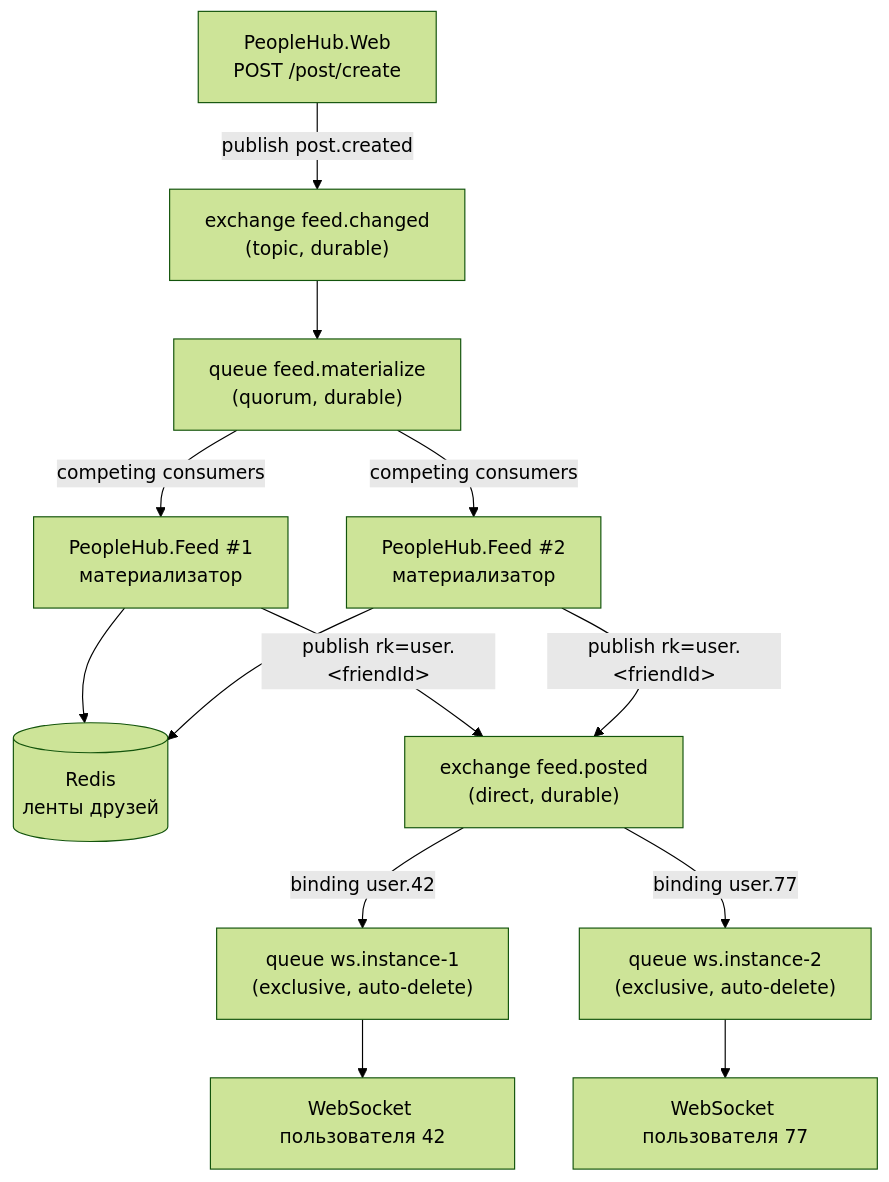
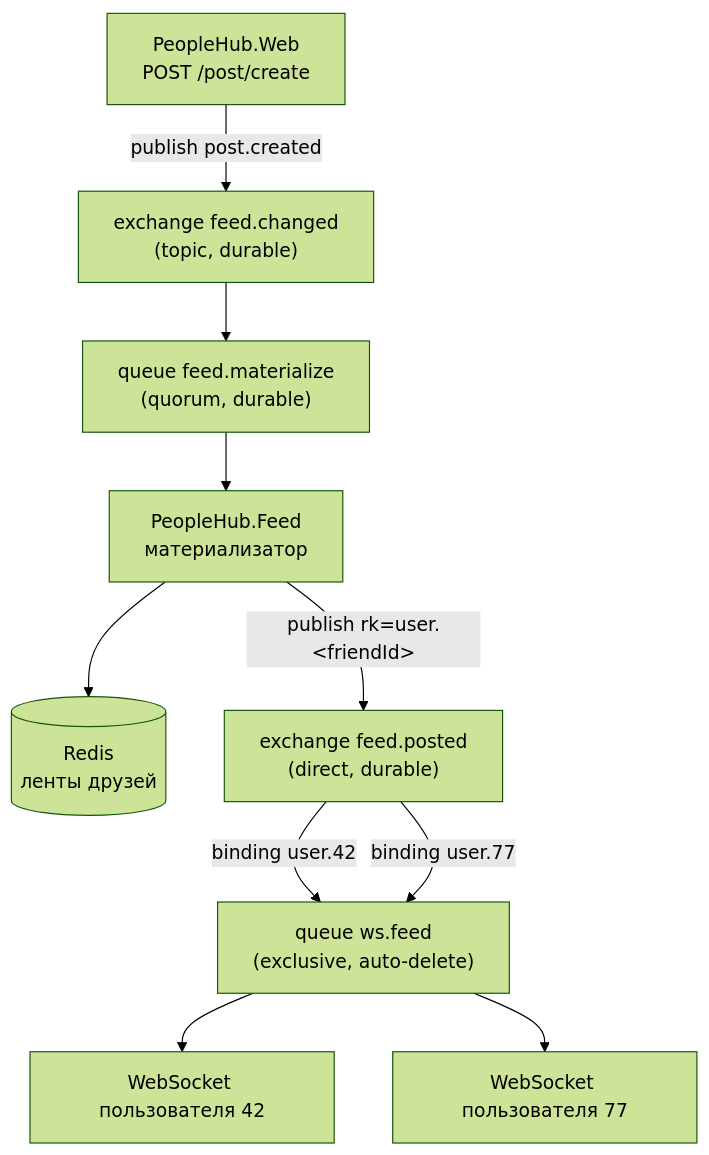
One commit to soweneer/otus.people-hub changed the diagram in docs/realtime-feed.md. Above: the diagram before and after it, drawn with Mermaid (forest theme). The commit also changed other lines of this file and 3 other files, not shown here.

Commit message:
single feed instance, fixed ws.feed queue name

````diff
--- a/docs/realtime-feed.md
+++ b/docs/realtime-feed.md
@@ -5,15 +5,12 @@
 ```mermaid
 flowchart TD
     A["PeopleHub.Web<br/>POST /post/create"] -->|publish post.created| B["exchange feed.changed<br/>(topic, durable)"]
     B --> C["queue feed.materialize<br/>(quorum, durable)"]
-    C -->|competing consumers| D["PeopleHub.Feed #1<br/>материализатор"]
-    C -->|competing consumers| E["PeopleHub.Feed #2<br/>материализатор"]
+    C --> D["PeopleHub.Feed<br/>материализатор"]
     D --> F[("Redis<br/>ленты друзей")]
-    E --> F
     D -->|"publish rk=user.&lt;friendId&gt;"| G["exchange feed.posted<br/>(direct, durable)"]
-    E -->|"publish rk=user.&lt;friendId&gt;"| G
-    G -->|"binding user.42"| H["queue ws.instance-1<br/>(exclusive, auto-delete)"]
-    G -->|"binding user.77"| I["queue ws.instance-2<br/>(exclusive, auto-delete)"]
+    G -->|"binding user.42"| H["queue ws.feed<br/>(exclusive, auto-delete)"]
+    G -->|"binding user.77"| H
     H --> J["WebSocket пользователя 42"]
-    I --> K["WebSocket пользователя 77"]
+    H --> K["WebSocket пользователя 77"]
 ```
````
